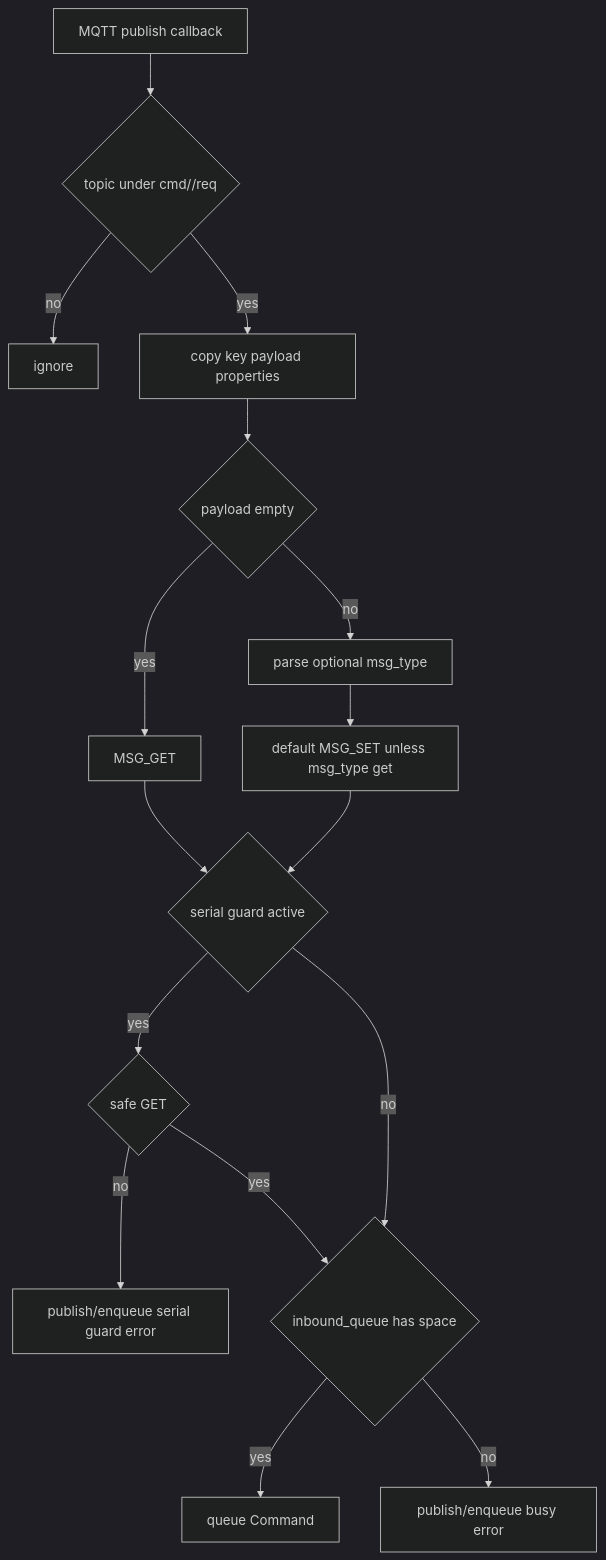
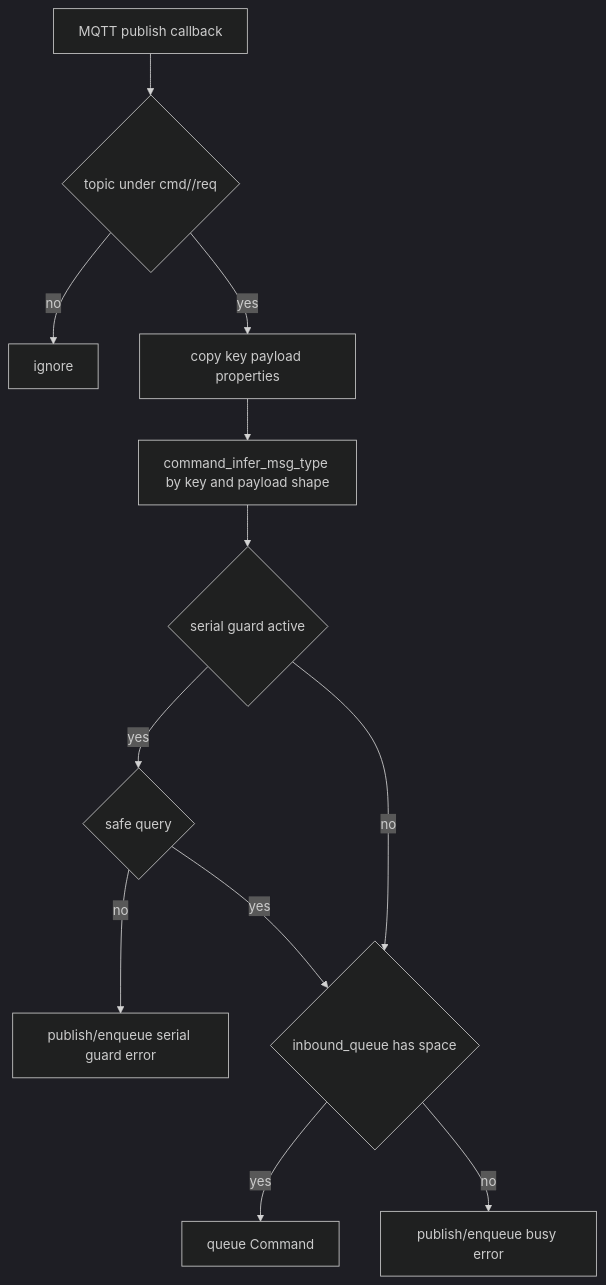
Before and after one commit to COO-Utilities/hispec-tib: the fourth of 17 diagrams in doc/diagrams.md, drawn with Mermaid (dark theme). The commit also changed other lines of this file and 5 other files, not shown here.

Commit message:
Refactor command documentation: update query/effect request distinctions, improve classification clarity, and align with schema-standard naming.

````diff
--- a/doc/diagrams.md
+++ b/doc/diagrams.md
@@ -77,18 +77,14 @@
 ```mermaid
 flowchart TD
   Pub[MQTT publish callback] --> Prefix{topic under cmd/<device>/req}
   Prefix -- no --> Drop[ignore]
   Prefix -- yes --> Copy[copy key payload properties]
-  Copy --> Type{payload empty}
-  Type -- yes --> Get[MSG_GET]
-  Type -- no --> Parse[parse optional msg_type]
-  Parse --> SetOrGet[default MSG_SET unless msg_type get]
-  Get --> Guard{serial guard active}
-  SetOrGet --> Guard
-  Guard -- yes --> GetAllowed{safe GET}
-  GetAllowed -- no --> Reject[publish/enqueue serial guard error]
-  GetAllowed -- yes --> Enq{inbound_queue has space}
+  Copy --> Classify[command_infer_msg_type by key and payload shape]
+  Classify --> Guard{serial guard active}
+  Guard -- yes --> QueryAllowed{safe query}
+  QueryAllowed -- no --> Reject[publish/enqueue serial guard error]
+  QueryAllowed -- yes --> Enq{inbound_queue has space}
   Guard -- no --> Enq
   Enq -- yes --> Queue[queue Command]
   Enq -- no --> Busy[publish/enqueue busy error]
 ```
````
